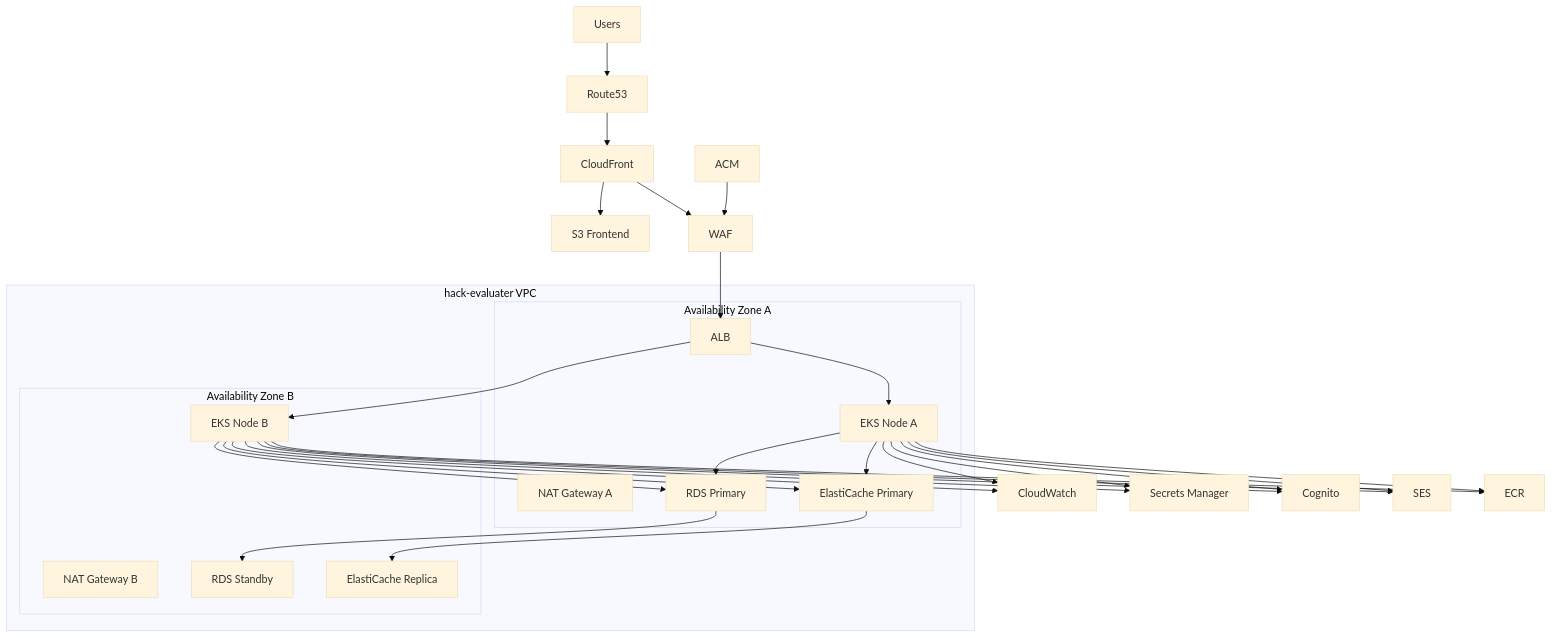
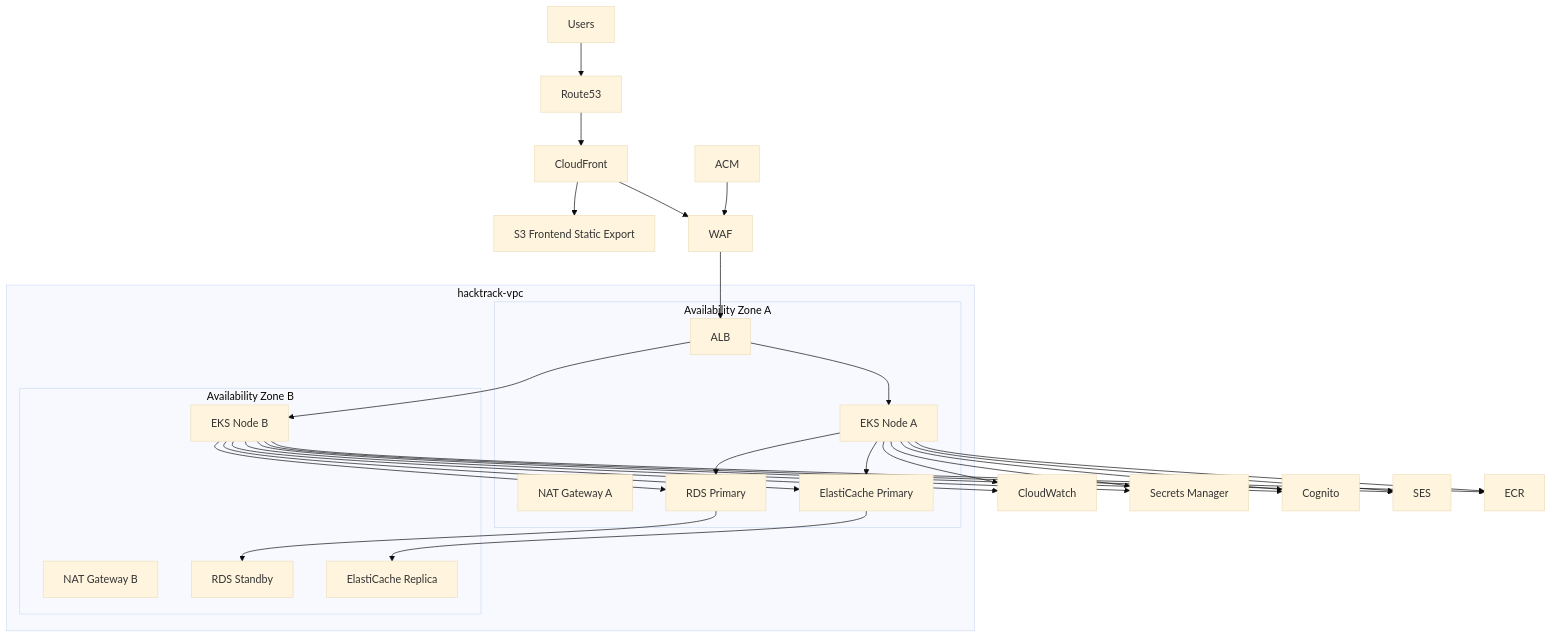
Before and after one commit to Asheze1127/hack-evaluater: the second of 2 diagrams in docs/details/07_infrastructure.md, drawn with Mermaid (base theme). The commit also changed other lines of this file, not shown here.

````diff
--- a/docs/details/07_infrastructure.md
+++ b/docs/details/07_infrastructure.md
@@ -83,57 +84,57 @@
 ```mermaid
 flowchart TD
     USERS[Users]
     R53[Route53]
     CF[CloudFront]
-    S3FE[S3 Frontend]
+    S3FE[S3 Frontend Static Export]
     WAF[WAF]
     ACM[ACM]
 
-    subgraph VPC[hack-evaluater VPC]
+    subgraph VPC[hacktrack-vpc]
         subgraph AZA[Availability Zone A]
             ALB[ALB]
             NATA[NAT Gateway A]
             EKSA[EKS Node A]
             RDSP[RDS Primary]
             REDISP[ElastiCache Primary]
         end
 
         subgraph AZB[Availability Zone B]
             NATB[NAT Gateway B]
             EKSB[EKS Node B]
             RDSS[RDS Standby]
             REDISR[ElastiCache Replica]
         end
     end
 
     CW[CloudWatch]
     SM[Secrets Manager]
     COG[Cognito]
     SES[SES]
     ECR[ECR]
 
     USERS --> R53
     R53 --> CF
     CF --> S3FE
     CF --> WAF
     ACM --> WAF
     WAF --> ALB
     ALB --> EKSA
     ALB --> EKSB
     EKSA --> RDSP
     EKSB --> RDSP
     RDSP --> RDSS
     EKSA --> REDISP
     EKSB --> REDISP
     REDISP --> REDISR
     EKSA --> COG
     EKSB --> COG
     EKSA --> SES
     EKSB --> SES
     EKSA --> SM
     EKSB --> SM
     EKSA --> CW
     EKSB --> CW
     EKSA --> ECR
     EKSB --> ECR
 ```
````
